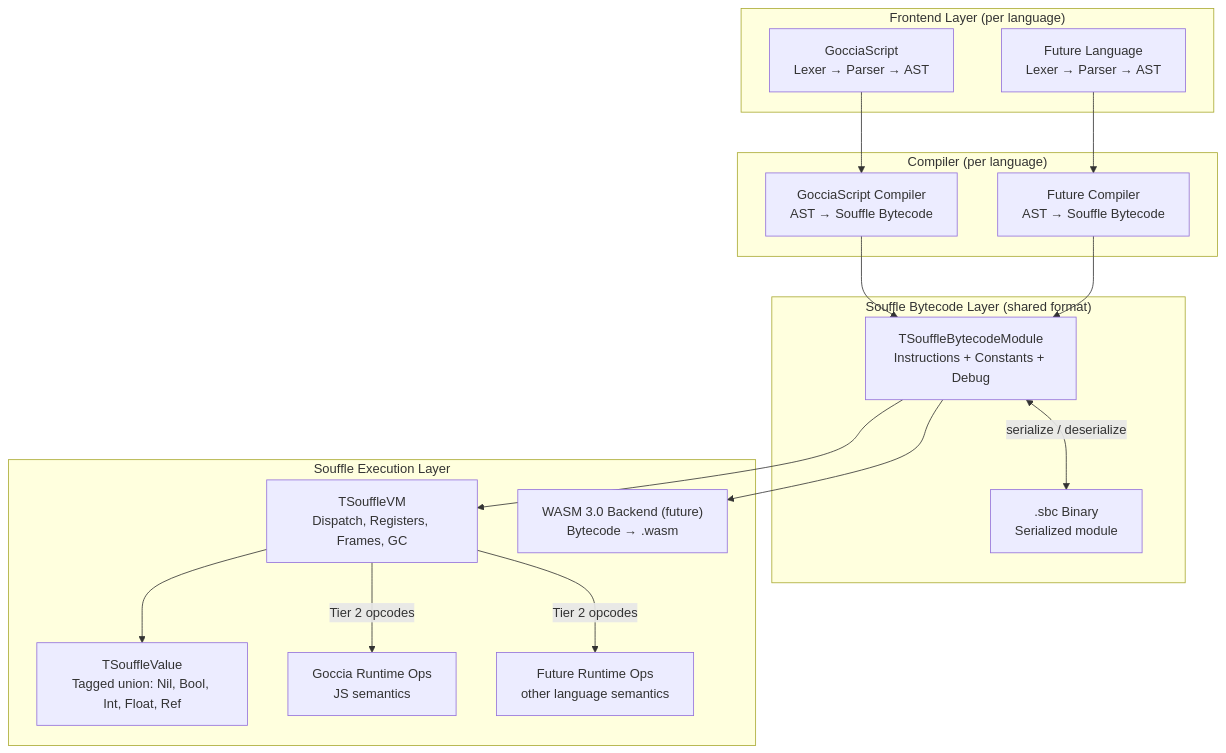
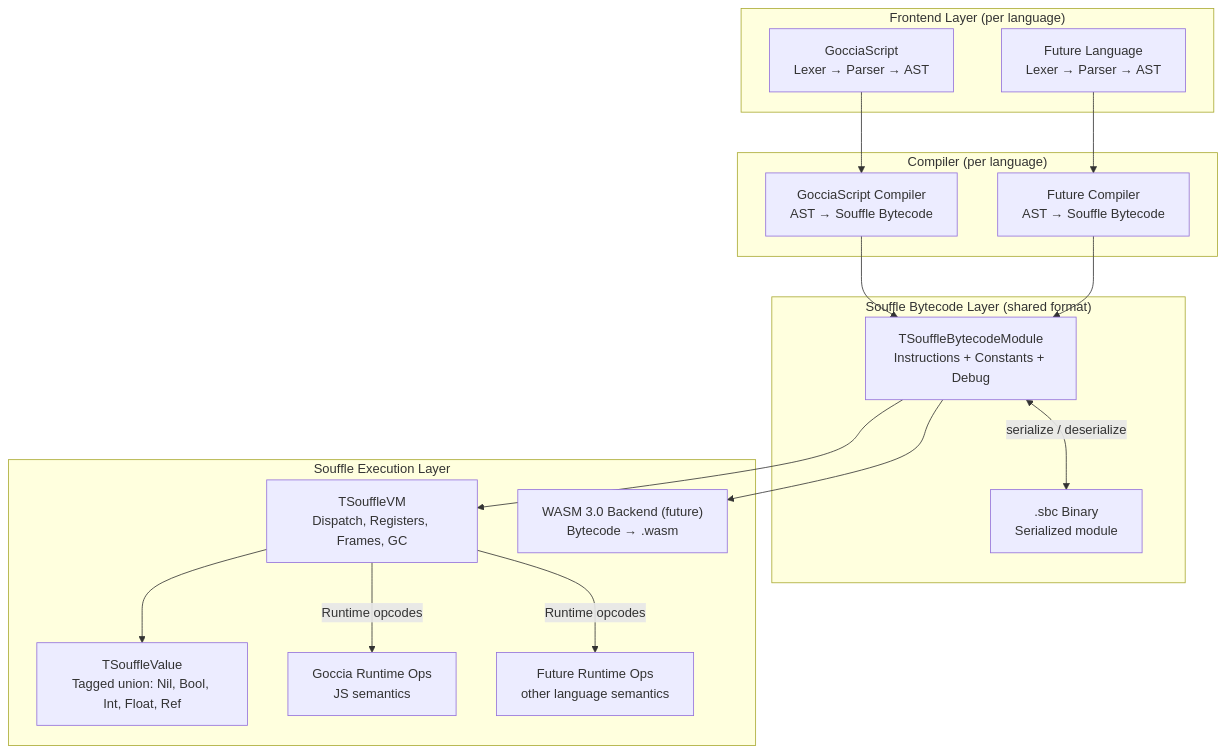
The diagram in docs/souffle-vm.md (frostney/GocciaScript), drawn with Mermaid before and after one commit. The commit also changed other lines of this file and 65 other files, not shown here.

````diff
--- a/docs/souffle-vm.md
+++ b/docs/souffle-vm.md
@@ -7,36 +9,36 @@
 ```mermaid
 graph TD
     subgraph frontends ["Frontend Layer (per language)"]
         GS["GocciaScript<br/>Lexer → Parser → AST"]
         FL["Future Language<br/>Lexer → Parser → AST"]
     end
 
     subgraph compiler ["Compiler (per language)"]
         GSC["GocciaScript Compiler<br/>AST → Souffle Bytecode"]
         FLC["Future Compiler<br/>AST → Souffle Bytecode"]
     end
 
     subgraph bytecodeLayer ["Souffle Bytecode Layer (shared format)"]
         BC["TSouffleBytecodeModule<br/>Instructions + Constants + Debug"]
         BIN[".sbc Binary<br/>Serialized module"]
     end
 
     subgraph execution ["Souffle Execution Layer"]
         VM["TSouffleVM<br/>Dispatch, Registers, Frames, GC"]
         VALS["TSouffleValue<br/>Tagged union: Nil, Bool, Int, Float, Ref"]
         RTJS["Goccia Runtime Ops<br/>JS semantics"]
         RTOTHER["Future Runtime Ops<br/>other language semantics"]
         WASM["WASM 3.0 Backend (future)<br/>Bytecode → .wasm"]
     end
 
     GS --> GSC
     FL --> FLC
     GSC --> BC
     FLC --> BC
     BC <-->|"serialize / deserialize"| BIN
     BC --> VM
     BC --> WASM
     VM --> VALS
-    VM -->|"Tier 2 opcodes"| RTJS
-    VM -->|"Tier 2 opcodes"| RTOTHER
+    VM -->|"Runtime opcodes"| RTJS
+    VM -->|"Runtime opcodes"| RTOTHER
 ```
````
